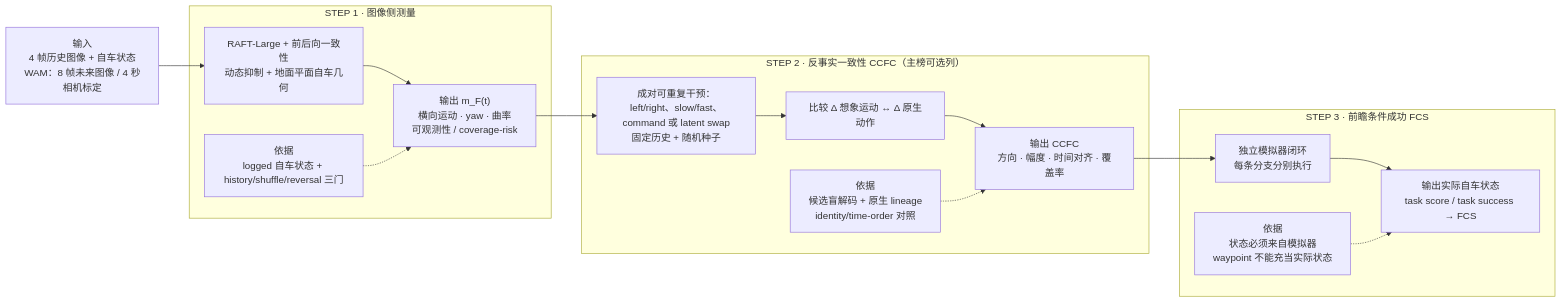
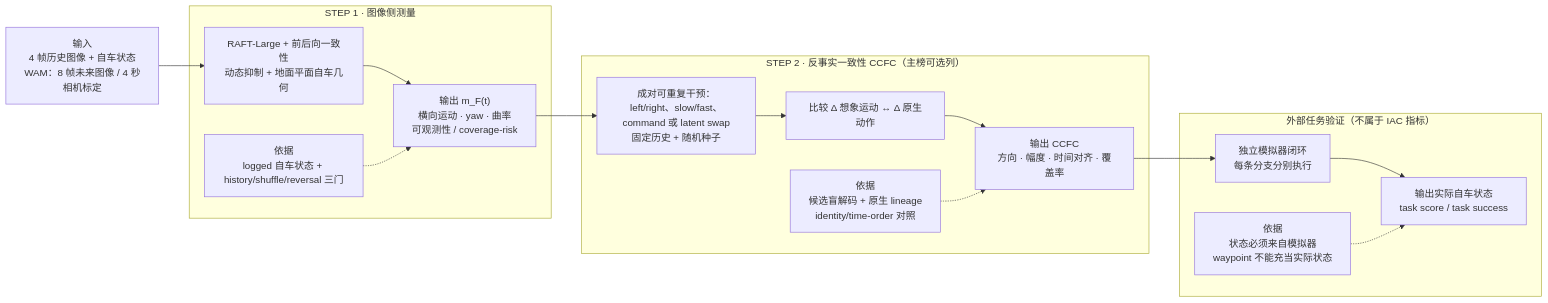
Before and after one commit to RiseBun/IAC: the diagram in docs/IAC_FROZEN_PIPELINE.mmd, drawn with Mermaid. The commit also changed 57 other files, not shown here.

Commit message:
Remove FCS from IAC metric contract

```diff
--- a/docs/IAC_FROZEN_PIPELINE.mmd
+++ b/docs/IAC_FROZEN_PIPELINE.mmd
@@ -1,26 +1,26 @@
 flowchart LR
     I["输入<br/>4 帧历史图像 + 自车状态<br/>WAM：8 帧未来图像 / 4 秒<br/>相机标定"] --> A
     subgraph S1["STEP 1 · 图像侧测量"]
         A["RAFT-Large + 前后向一致性<br/>动态抑制 + 地面平面自车几何"]
         O["输出 m_F(t)<br/>横向运动 · yaw · 曲率<br/>可观测性 / coverage-risk"]
         B["依据<br/>logged 自车状态 + history/shuffle/reversal 三门"]
         A --> O
         B -.-> O
     end
     O --> D
     subgraph S2["STEP 2 · 反事实一致性 CCFC（主榜可选列）"]
         D["成对可重复干预：left/right、slow/fast、command 或 latent swap<br/>固定历史 + 随机种子"]
         C["比较 Δ 想象运动 ↔ Δ 原生动作"]
         Q["输出 CCFC<br/>方向 · 幅度 · 时间对齐 · 覆盖率"]
         E["依据<br/>候选盲解码 + 原生 lineage<br/>identity/time-order 对照"]
         D --> C --> Q
         E -.-> Q
     end
     Q --> R
-    subgraph S3["STEP 3 · 前瞻条件成功 FCS"]
+    subgraph S3["外部任务验证（不属于 IAC 指标）"]
         R["独立模拟器闭环<br/>每条分支分别执行"]
-        T["输出实际自车状态<br/>task score / task success → FCS"]
+        T["输出实际自车状态<br/>task score / task success"]
         U["依据<br/>状态必须来自模拟器<br/>waypoint 不能充当实际状态"]
         R --> T
         U -.-> T
     end
```
